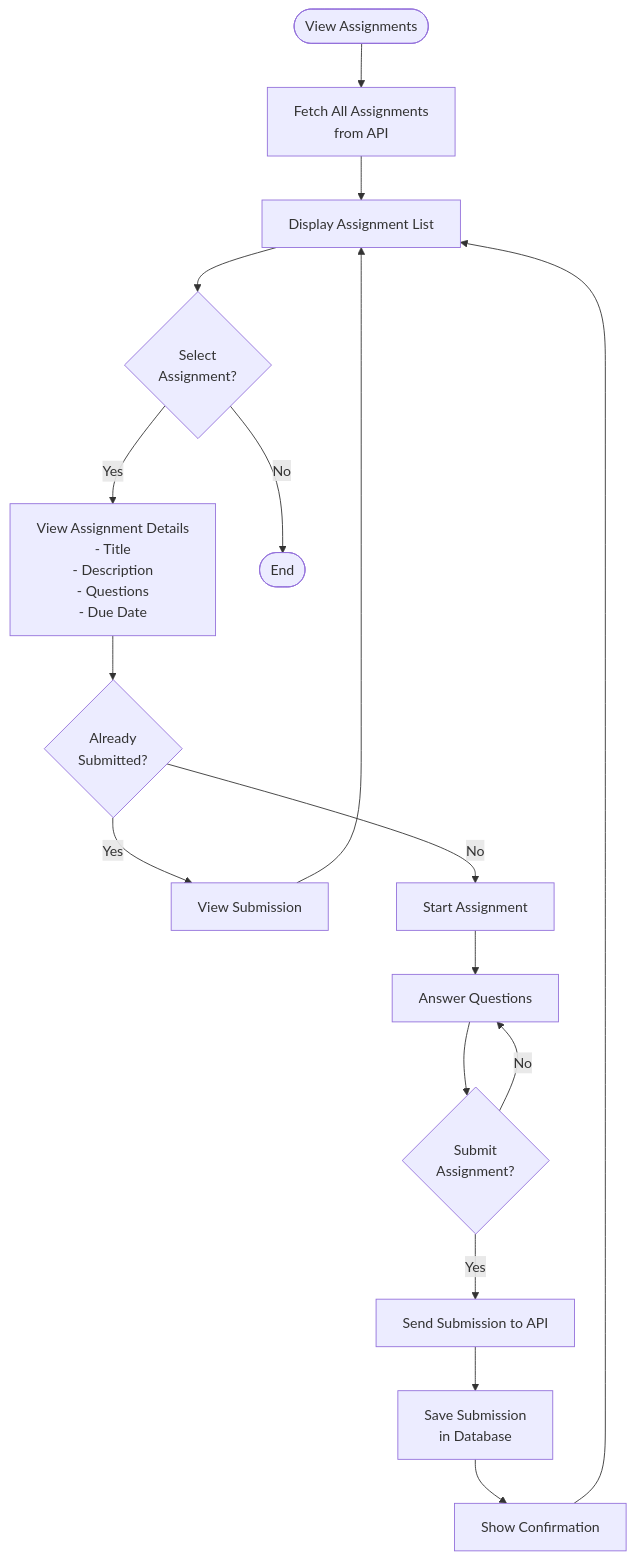
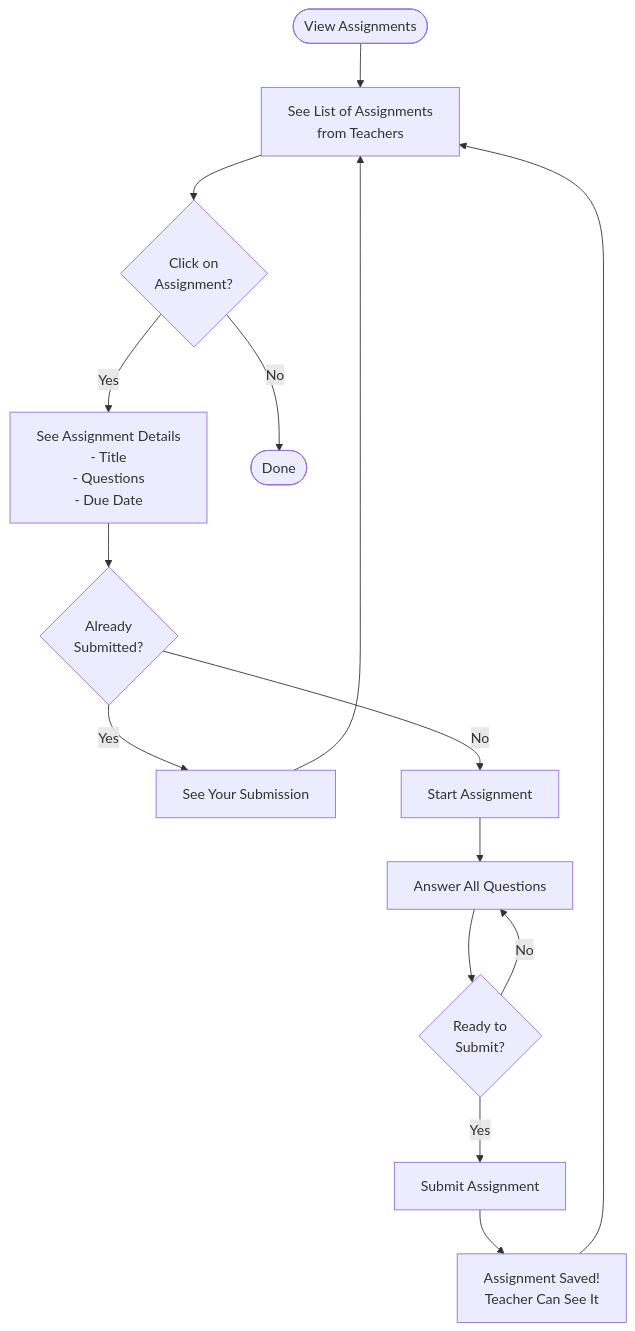
The second of 2 diagrams in docs/STUDENT_FLOWCHART.md (Prajwalb0208/SchoolSystem), drawn with Mermaid before and after one commit. The commit also changed other lines of this file and 4 other files, not shown here.

Commit message:
flowchart

````diff
--- a/docs/STUDENT_FLOWCHART.md
+++ b/docs/STUDENT_FLOWCHART.md
@@ -134,24 +108,19 @@
 ```mermaid
 flowchart TD
-    Start([View Assignments]) --> FetchAssignments[Fetch All Assignments<br/>from API]
-    FetchAssignments --> DisplayAssignments[Display Assignment List]
+    Start([View Assignments]) --> SeeList[See List of Assignments<br/>from Teachers]
+    SeeList --> Select{Click on<br/>Assignment?}
+    Select -->|Yes| ViewDetails[See Assignment Details<br/>- Title<br/>- Questions<br/>- Due Date]
+    Select -->|No| End([Done])
     
-    DisplayAssignments --> SelectAssignment{Select<br/>Assignment?}
-    SelectAssignment -->|Yes| ViewDetails[View Assignment Details<br/>- Title<br/>- Description<br/>- Questions<br/>- Due Date]
-    SelectAssignment -->|No| End([End])
+    ViewDetails --> Check{Already<br/>Submitted?}
+    Check -->|Yes| ViewOld[See Your Submission]
+    Check -->|No| StartNow[Start Assignment]
     
-    ViewDetails --> CheckSubmission{Already<br/>Submitted?}
-    CheckSubmission -->|Yes| ViewSubmission[View Submission]
-    CheckSubmission -->|No| StartAssignment[Start Assignment]
-    
-    StartAssignment --> AnswerQuestions[Answer Questions]
-    AnswerQuestions --> SubmitAssignment{Submit<br/>Assignment?}
-    SubmitAssignment -->|Yes| SendSubmission[Send Submission to API]
-    SubmitAssignment -->|No| AnswerQuestions
-    
-    SendSubmission --> SaveSubmission[Save Submission<br/>in Database]
-    SaveSubmission --> Confirmation[Show Confirmation]
-    Confirmation --> DisplayAssignments
-    
-    ViewSubmission --> DisplayAssignments
+    StartNow --> Answer[Answer All Questions]
+    Answer --> Submit{Ready to<br/>Submit?}
+    Submit -->|No| Answer
+    Submit -->|Yes| Send[Submit Assignment]
+    Send --> Saved[Assignment Saved!<br/>Teacher Can See It]
+    Saved --> SeeList
+    ViewOld --> SeeList
 ```
````
